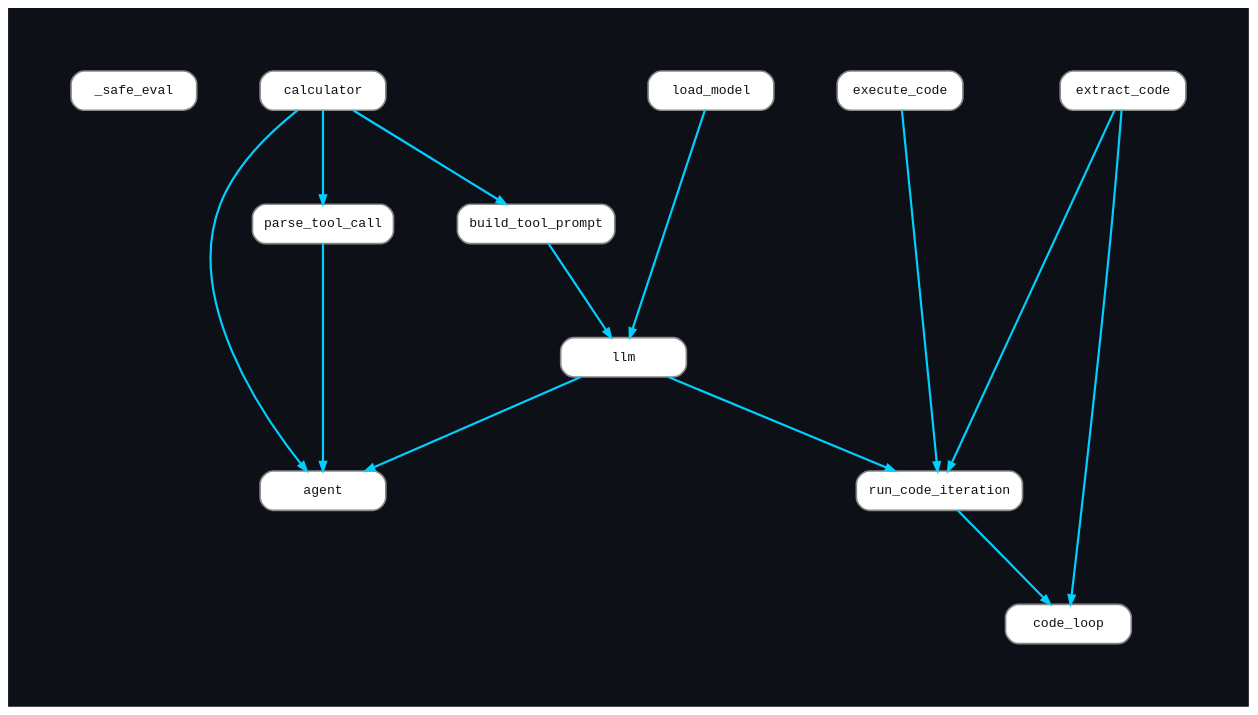
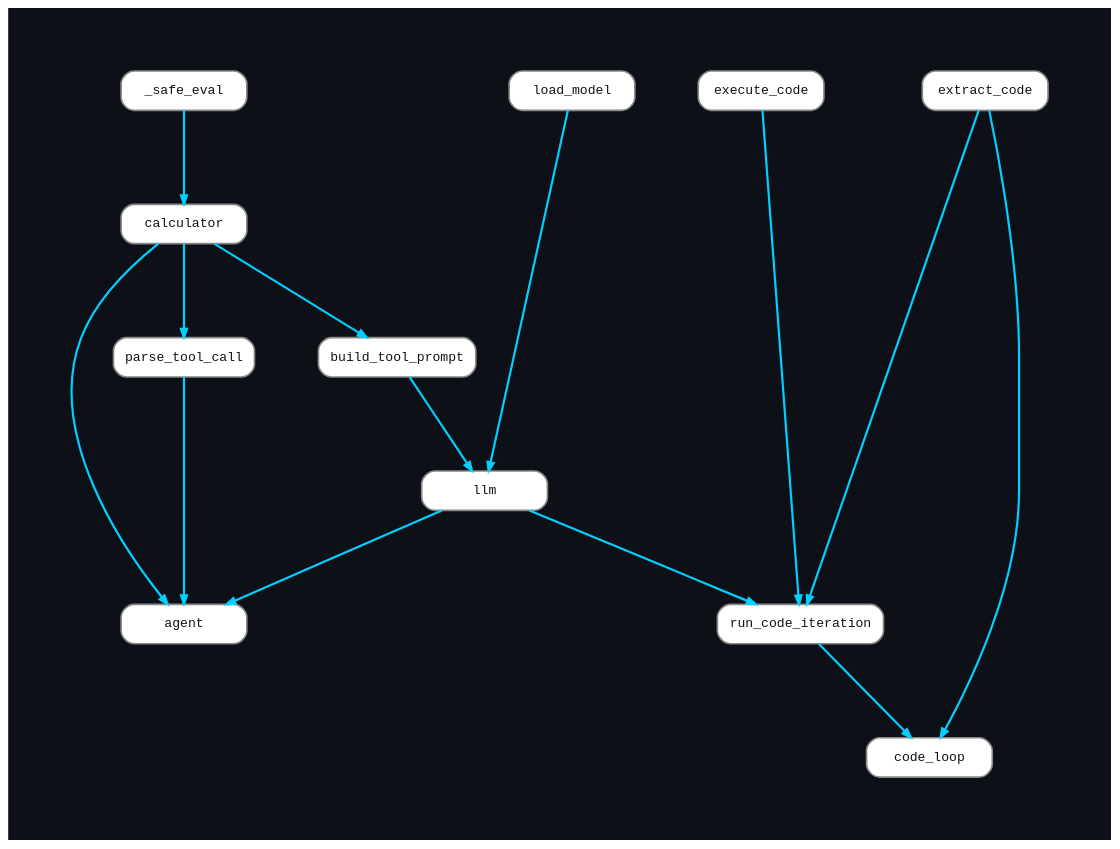
Before and after one commit to Zianwalk/llm-agent: the diagram in callgraphs/agent-plus.dot, drawn with Graphviz. The commit also changed 3 other files, not shown here.

```diff
--- a/callgraphs/agent-plus.dot
+++ b/callgraphs/agent-plus.dot
@@ -1,34 +1,36 @@
 digraph "agent-plus" {
   graph [rankdir=TB, bgcolor="#0d1117", pad=0.8, ranksep=1.2, nodesep=0.8, fontname="Courier New"];
   node  [shape=box, style="filled,rounded", fillcolor="white", fontcolor="#111111",
          fontname="Courier New", fontsize=12, color="#888888", width=1.6, penwidth=1.5];
   edge  [arrowsize=0.8, penwidth=2.0];
-  { rank=same; _safe_eval; calculator; execute_code; extract_code; load_model }
+  { rank=same; _safe_eval; execute_code; extract_code; load_model }
+  { rank=same; calculator }
   { rank=same; build_tool_prompt; parse_tool_call }
   { rank=same; llm }
   { rank=same; agent; run_code_iteration }
   { rank=same; code_loop }
   _safe_eval [label="_safe_eval"];
   agent [label="agent"];
   build_tool_prompt [label="build_tool_prompt"];
   calculator [label="calculator"];
   code_loop [label="code_loop"];
   execute_code [label="execute_code"];
   extract_code [label="extract_code"];
   llm [label="llm"];
   load_model [label="load_model"];
   parse_tool_call [label="parse_tool_call"];
   run_code_iteration [label="run_code_iteration"];
+  _safe_eval -> calculator [color="#00cfff", penwidth=2.0];
   build_tool_prompt -> llm [color="#00cfff", penwidth=2.0];
   calculator -> agent [color="#00cfff", penwidth=2.0];
   calculator -> build_tool_prompt [color="#00cfff", penwidth=2.0];
   calculator -> parse_tool_call [color="#00cfff", penwidth=2.0];
   execute_code -> run_code_iteration [color="#00cfff", penwidth=2.0];
   extract_code -> code_loop [color="#00cfff", penwidth=2.0];
   extract_code -> run_code_iteration [color="#00cfff", penwidth=2.0];
   llm -> agent [color="#00cfff", penwidth=2.0];
   llm -> run_code_iteration [color="#00cfff", penwidth=2.0];
   load_model -> llm [color="#00cfff", penwidth=2.0];
   parse_tool_call -> agent [color="#00cfff", penwidth=2.0];
   run_code_iteration -> code_loop [color="#00cfff", penwidth=2.0];
 }
```
